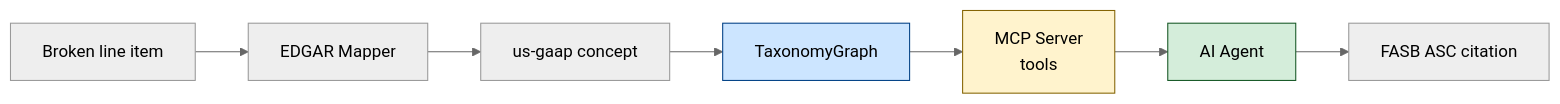
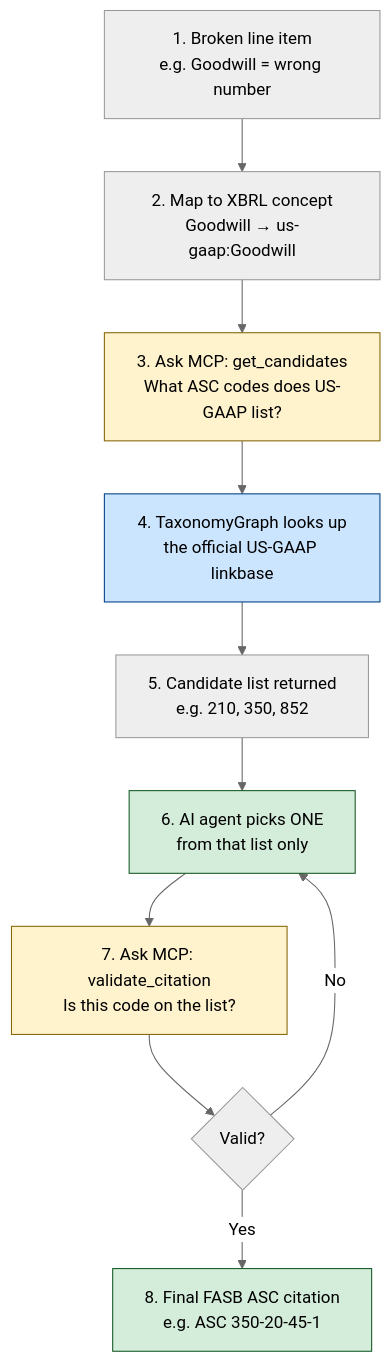
The first of 2 diagrams in TAXONOMY_MCP_FLOW.md (dakshkashyap/financial-audit-capstone), drawn with Mermaid (neutral theme) before and after one commit. The commit also changed other lines of this file, not shown here.

First line of the commit message:
Simplify Taxonomy MCP flow doc to a single walkthrough.

````diff
--- a/TAXONOMY_MCP_FLOW.md
+++ b/TAXONOMY_MCP_FLOW.md
@@ -10,13 +9,18 @@
 ```mermaid
-flowchart LR
-    ROW[Broken line item] --> MAP[EDGAR Mapper]
-    MAP --> CON[us-gaap concept]
-    CON --> TG[TaxonomyGraph]
-    TG --> MCP[MCP Server<br/>tools]
-    MCP --> AG[AI Agent]
-    AG --> ASC[FASB ASC citation]
+flowchart TB
+    A["1. Broken line item<br/>e.g. Goodwill = wrong number"] --> B["2. Map to XBRL concept<br/>Goodwill → us-gaap:Goodwill"]
+    B --> C["3. Ask MCP: get_candidates<br/>What ASC codes does US-GAAP list?"]
+    C --> D["4. TaxonomyGraph looks up<br/>the official US-GAAP linkbase"]
+    D --> E["5. Candidate list returned<br/>e.g. 210, 350, 852"]
+    E --> F["6. AI agent picks ONE<br/>from that list only"]
+    F --> G["7. Ask MCP: validate_citation<br/>Is this code on the list?"]
+    G --> H{Valid?}
+    H -->|No| F
+    H -->|Yes| I["8. Final FASB ASC citation<br/>e.g. ASC 350-20-45-1"]
 
-    style TG fill:#cce5ff,stroke:#004085
-    style MCP fill:#fff3cd,stroke:#856404
-    style AG fill:#d4edda,stroke:#155724
+    style D fill:#cce5ff,stroke:#004085
+    style C fill:#fff3cd,stroke:#856404
+    style G fill:#fff3cd,stroke:#856404
+    style F fill:#d4edda,stroke:#155724
+    style I fill:#d4edda,stroke:#155724
 ```
````
